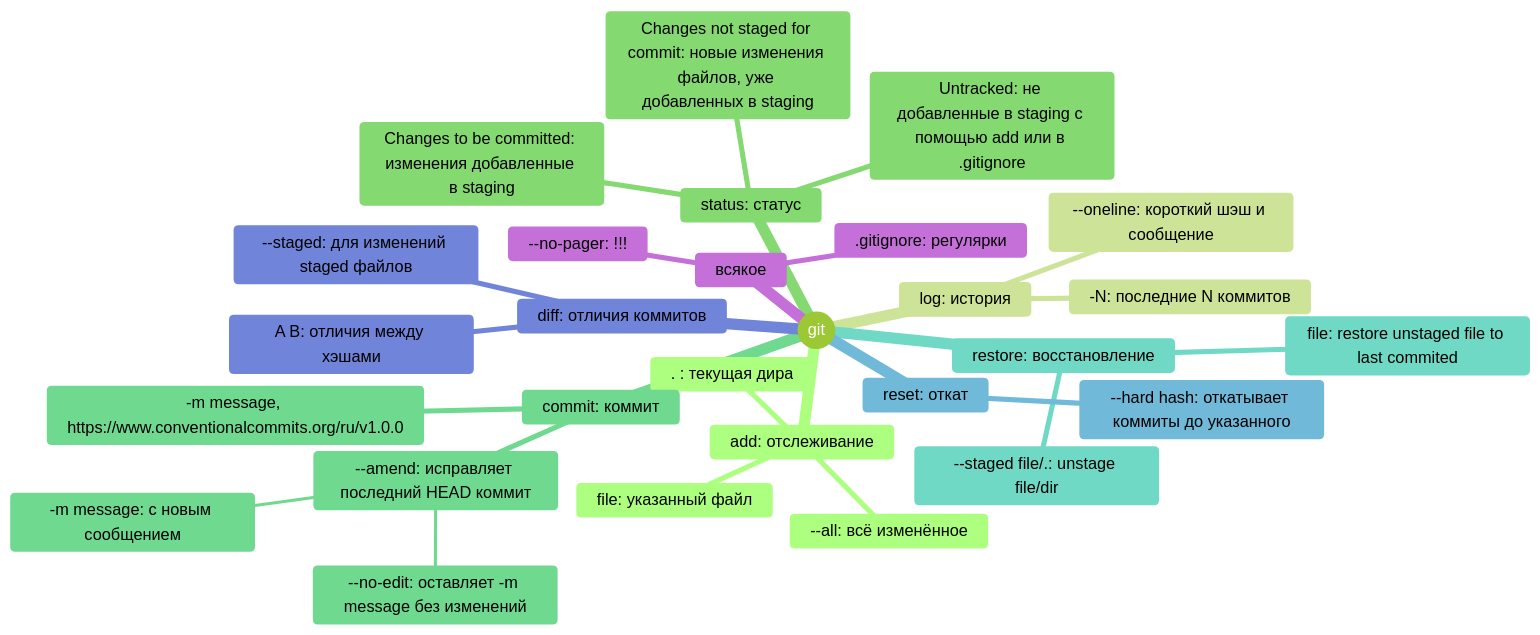
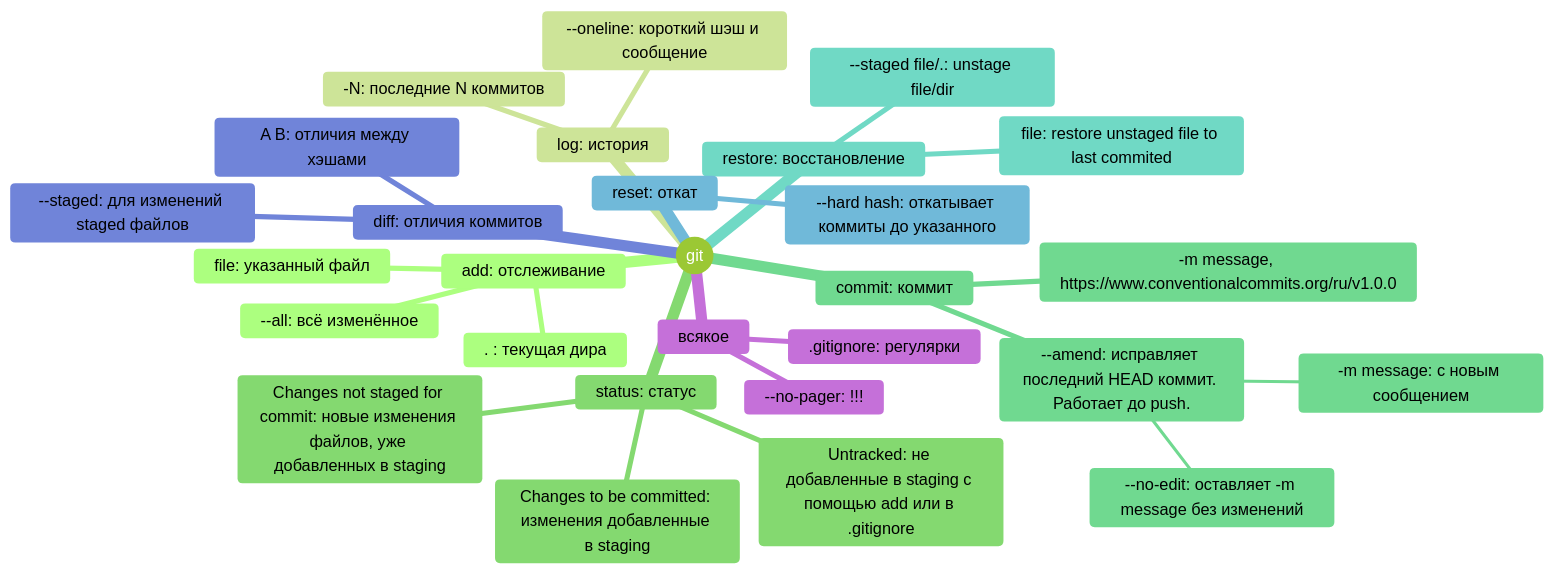
Before and after one commit to virtua10ne/wannabe_devops: the diagram in README.md, drawn with Mermaid (forest theme). The commit also changed 1 other file, not shown here.

Commit message:
README:changed comment for --amend: it works until you push your commit

````diff
--- a/README.md
+++ b/README.md
@@ -68,31 +68,31 @@
 ```mermaid
 mindmap
   root((git))
     add: отслеживание
       . : текущая дира
       file: указанный файл
       --all: всё изменённое
     log: история
       --oneline: короткий шэш и сообщение
       -N: последние N коммитов
     status: статус
       Untracked: не добавленные в staging с помощью add или в .gitignore
       Changes not staged for commit: новые изменения файлов, уже добавленных в staging
       Changes to be committed: изменения добавленные в staging
     commit: коммит
       -m message, https://www.conventionalcommits.org/ru/v1.0.0
-      --amend: исправляет последний HEAD коммит
+      --amend: исправляет последний HEAD коммит. Работает до push.
         -m message: с новым сообщением
         --no-edit: оставляет -m message без изменений
     restore: восстановление
       file: restore unstaged file to last commited
       --staged file/.: unstage file/dir
     reset: откат
       --hard hash: откатывает коммиты до указанного
     diff: отличия коммитов
       --staged: для изменений staged файлов
       A B: отличия между хэшами
     всякое
       --no-pager: !!!
       .gitignore: регулярки
 ```
````
